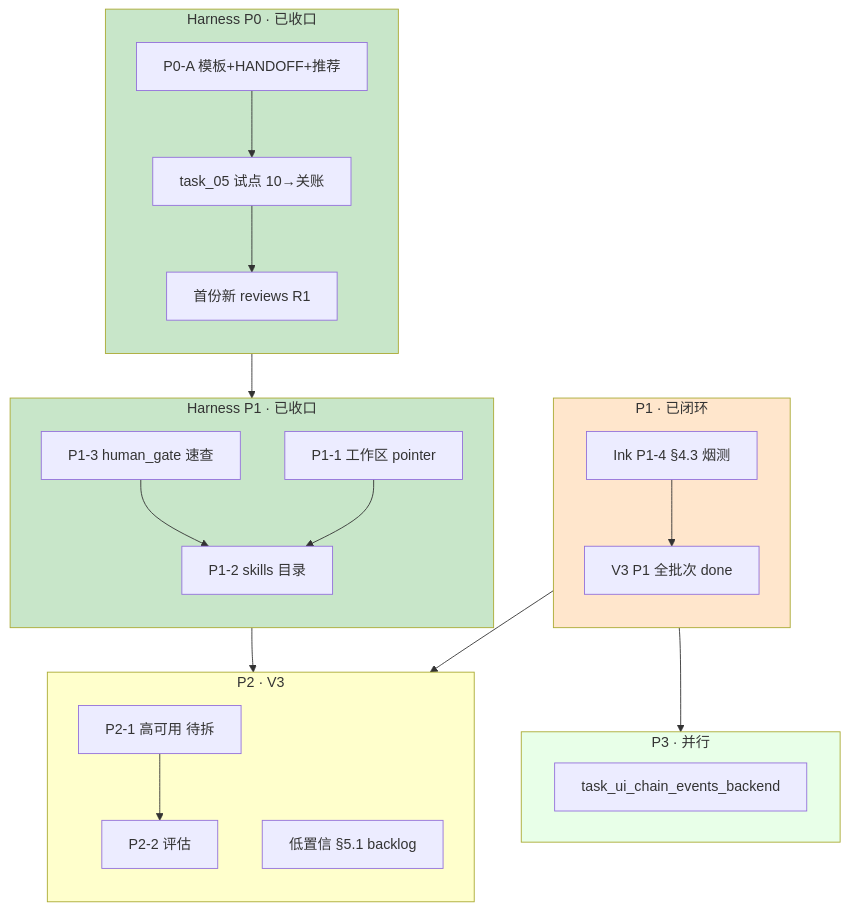
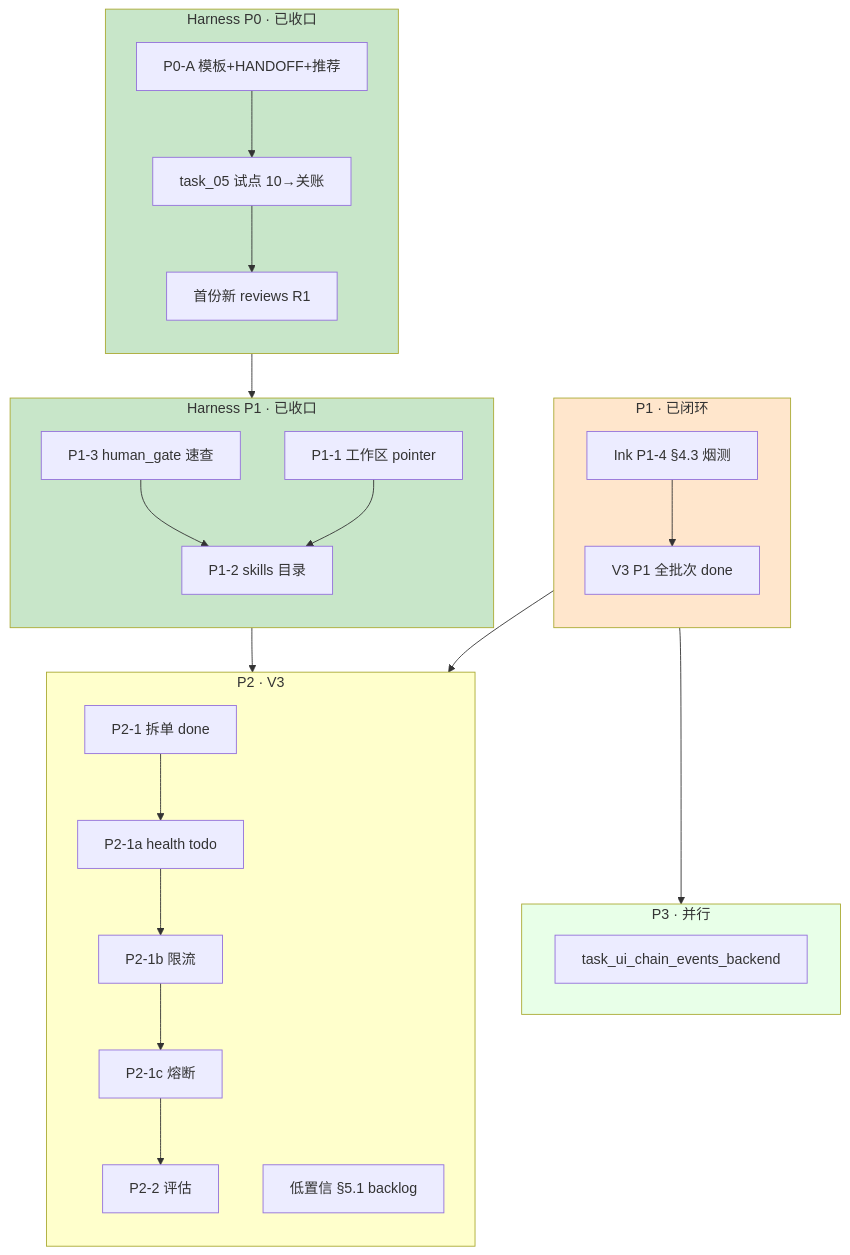
The first of 2 diagrams in docs/tasks/RECENT_TASK_SCHEDULE.md (Cyning12/ai-ink-brain-api-python), drawn with Mermaid before and after one commit. The commit also changed other lines of this file and 7 other files, not shown here.

````diff
--- a/docs/tasks/RECENT_TASK_SCHEDULE.md
+++ b/docs/tasks/RECENT_TASK_SCHEDULE.md
@@ -109,40 +115,43 @@
 ```mermaid
 flowchart TD
     subgraph H0["Harness P0 · 已收口"]
         direction TB
         HA[P0-A 模板+HANDOFF+推荐] --> HB[task_05 试点 10→关账]
         HB --> HR[首份新 reviews R1]
     end
 
     subgraph H1["Harness P1 · 已收口"]
         direction TB
         P13[P1-3 human_gate 速查] --> P12[P1-2 skills 目录]
         P11[P1-1 工作区 pointer] --> P12
     end
 
     subgraph P1["P1 · 已闭环"]
         direction TB
         INK[Ink P1-4 §4.3 烟测] --> P1CLOSE[V3 P1 全批次 done]
     end
 
     subgraph P2["P2 · V3"]
         direction TB
-        P21[P2-1 高可用 待拆] --> P22[P2-2 评估]
+        P21D[P2-1 拆单 done] --> P21A[P2-1a health todo]
+        P21A --> P21B[P2-1b 限流]
+        P21B --> P21C[P2-1c 熔断]
+        P21C --> P22[P2-2 评估]
         LC5[低置信 §5.1 backlog]
     end
 
     subgraph P3["P3 · 并行"]
         CHAIN[task_ui_chain_events_backend]
     end
 
     H0 --> H1
     H1 --> P2
     P1 --> P2
     P1 --> P3
 
     style H0 fill:#c8e6c9
     style H1 fill:#c8e6c9
     style P1 fill:#ffe6cc
     style P2 fill:#ffffcc
     style P3 fill:#e8ffe8
 ```
````
